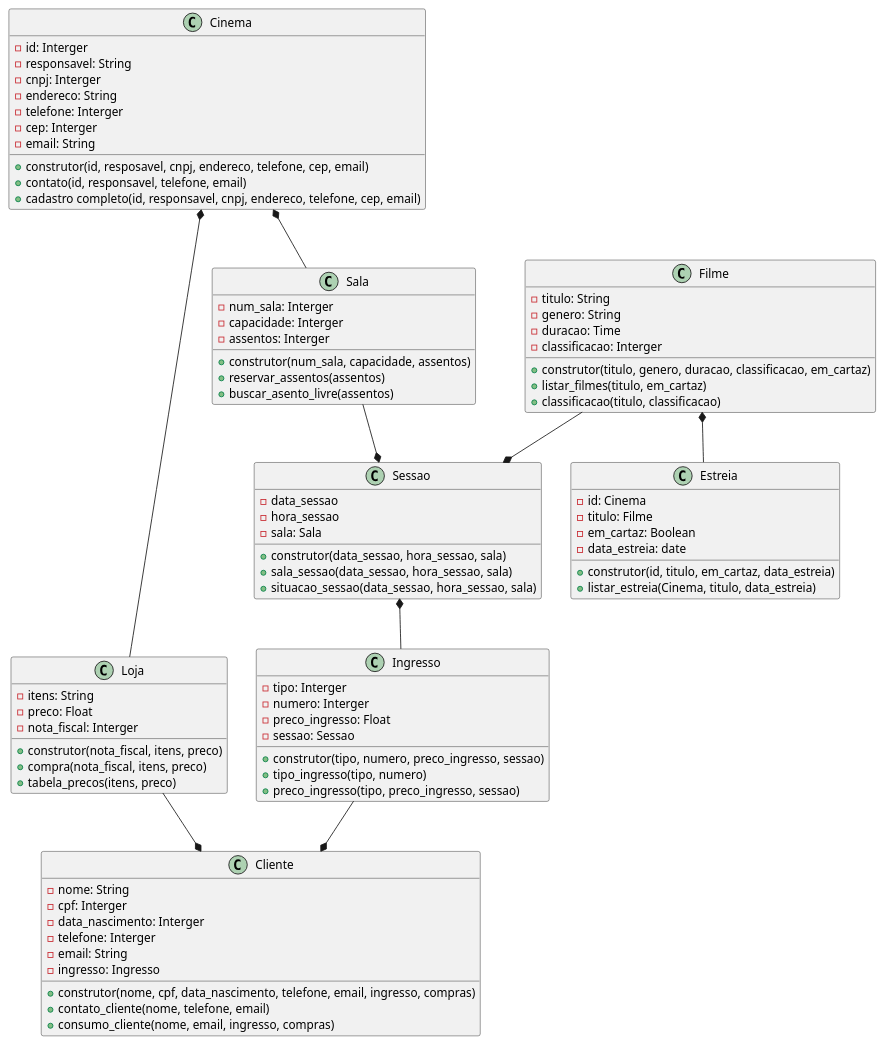
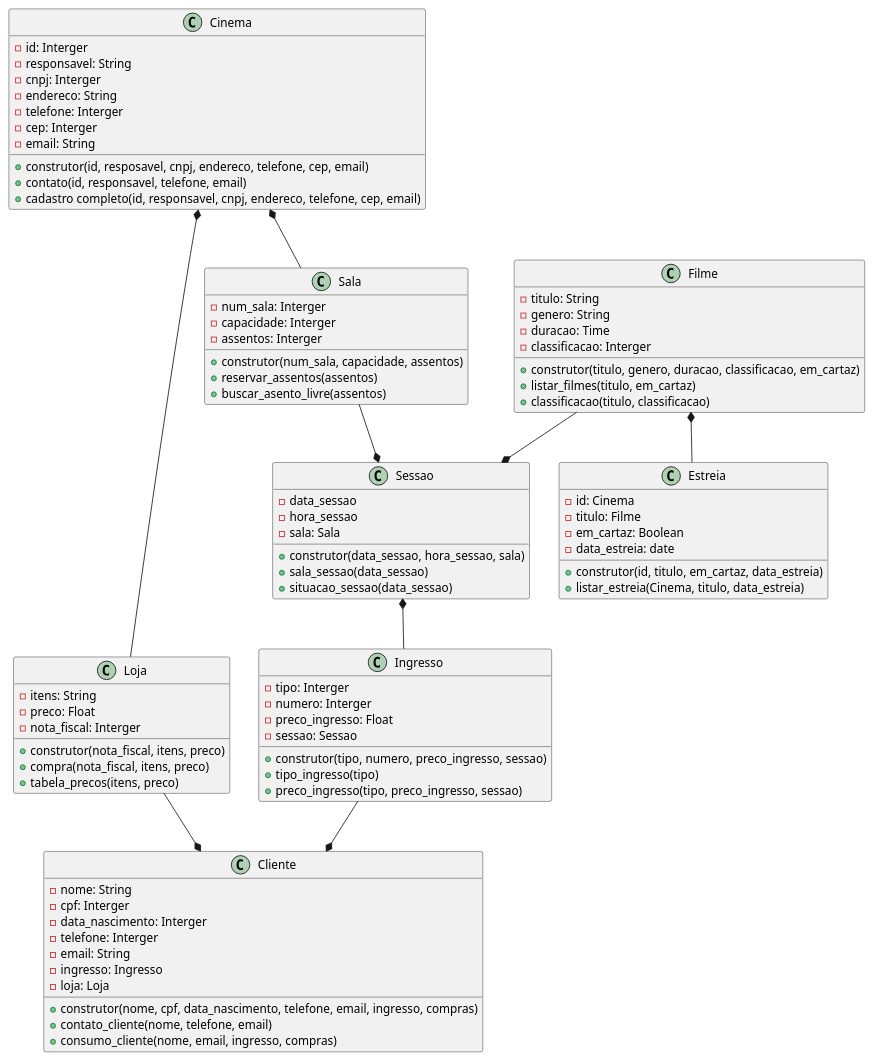
Before and after one commit to anleaes/2023-1-N1-POO-01: the diagram in cinema_grupo1.plantuml, drawn with PlantUML.

```diff
--- a/cinema_grupo1.plantuml
+++ b/cinema_grupo1.plantuml
@@ -1,92 +1,93 @@
 @startuml Diagrama Herança Cinema - Grupo 1
 
 class Cinema {
     - id: Interger
     - responsavel: String
     - cnpj: Interger 
     - endereco: String
     - telefone: Interger
     - cep: Interger
     - email: String
     + construtor(id, resposavel, cnpj, endereco, telefone, cep, email)
     + contato(id, responsavel, telefone, email)
     + cadastro completo(id, responsavel, cnpj, endereco, telefone, cep, email)
 }
 
 class Sala{
     - num_sala: Interger
     - capacidade: Interger
     - assentos: Interger
     + construtor(num_sala, capacidade, assentos)
     + reservar_assentos(assentos)
     + buscar_asento_livre(assentos)
 }
 
 class Sessao{
     - data_sessao
     - hora_sessao
     - sala: Sala
     + construtor(data_sessao, hora_sessao, sala)
-    + sala_sessao(data_sessao, hora_sessao, sala)
-    + situacao_sessao(data_sessao, hora_sessao, sala)      
+    + sala_sessao(data_sessao)
+    + situacao_sessao(data_sessao)      
 }
 
 class Loja{
     - itens: String
     - preco: Float
     - nota_fiscal: Interger
     + construtor(nota_fiscal, itens, preco)
     + compra(nota_fiscal, itens, preco)
     + tabela_precos(itens, preco)
 }
 
 class Ingresso{
     - tipo: Interger
     - numero: Interger
     - preco_ingresso: Float
     - sessao: Sessao
     + construtor(tipo, numero, preco_ingresso, sessao)
-    + tipo_ingresso(tipo, numero)
+    + tipo_ingresso(tipo)
     + preco_ingresso(tipo, preco_ingresso, sessao)
 }
 
 class Cliente{
     - nome: String
     - cpf: Interger
     - data_nascimento: Interger
     - telefone: Interger
     - email: String
     - ingresso: Ingresso
+    - loja: Loja
     + construtor(nome, cpf, data_nascimento, telefone, email, ingresso, compras)
     + contato_cliente(nome, telefone, email)
     + consumo_cliente(nome, email, ingresso, compras)    
 }
 
 class Filme{
     - titulo: String
     - genero: String
     - duracao: Time
     - classificacao: Interger
     + construtor(titulo, genero, duracao, classificacao, em_cartaz)
     + listar_filmes(titulo, em_cartaz)
     + classificacao(titulo, classificacao)
 }
 
 class Estreia {
     - id: Cinema
     - titulo: Filme
     - em_cartaz: Boolean
     - data_estreia: date
     + construtor(id, titulo, em_cartaz, data_estreia)
     + listar_estreia(Cinema, titulo, data_estreia)
 }
 
 Cinema *-- Sala
 Sala --* Sessao
 Filme --* Sessao
 Filme *-- Estreia
 Ingresso --* Cliente
 Cinema *-- Loja
 Loja --* Cliente
 Sessao *-- Ingresso
 @enduml
```
